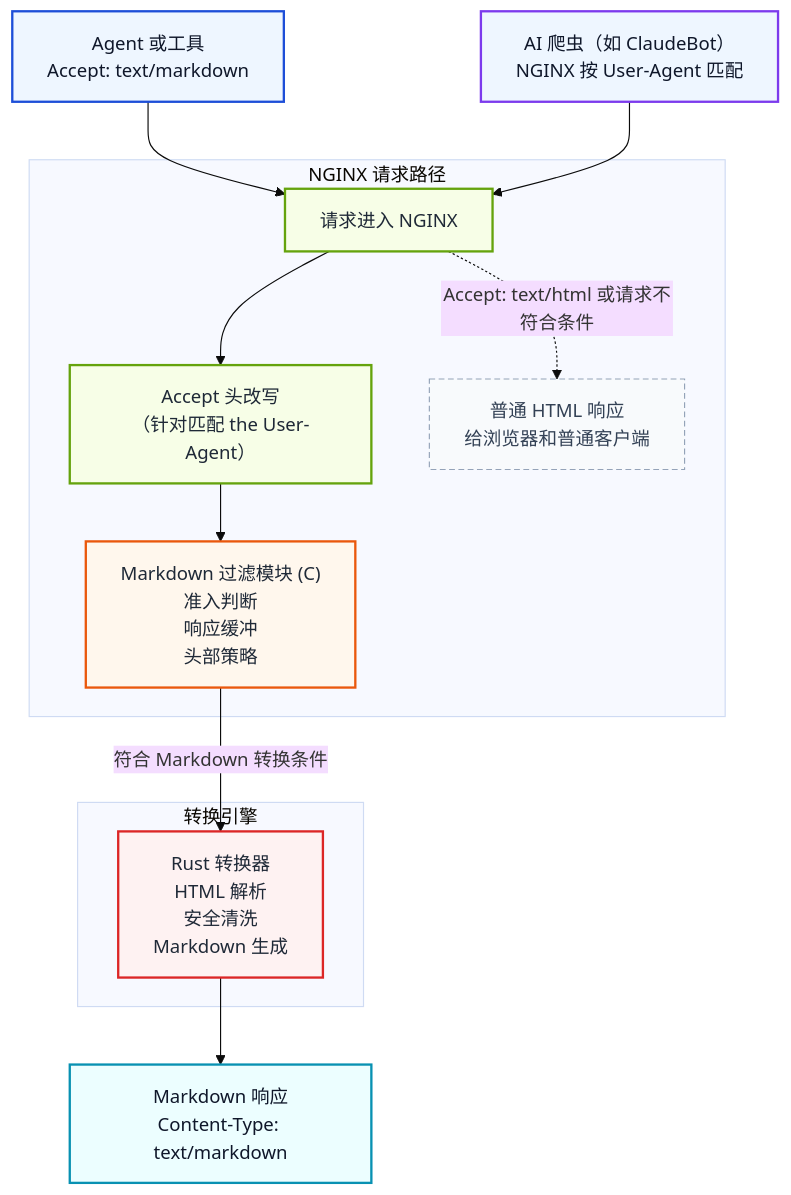
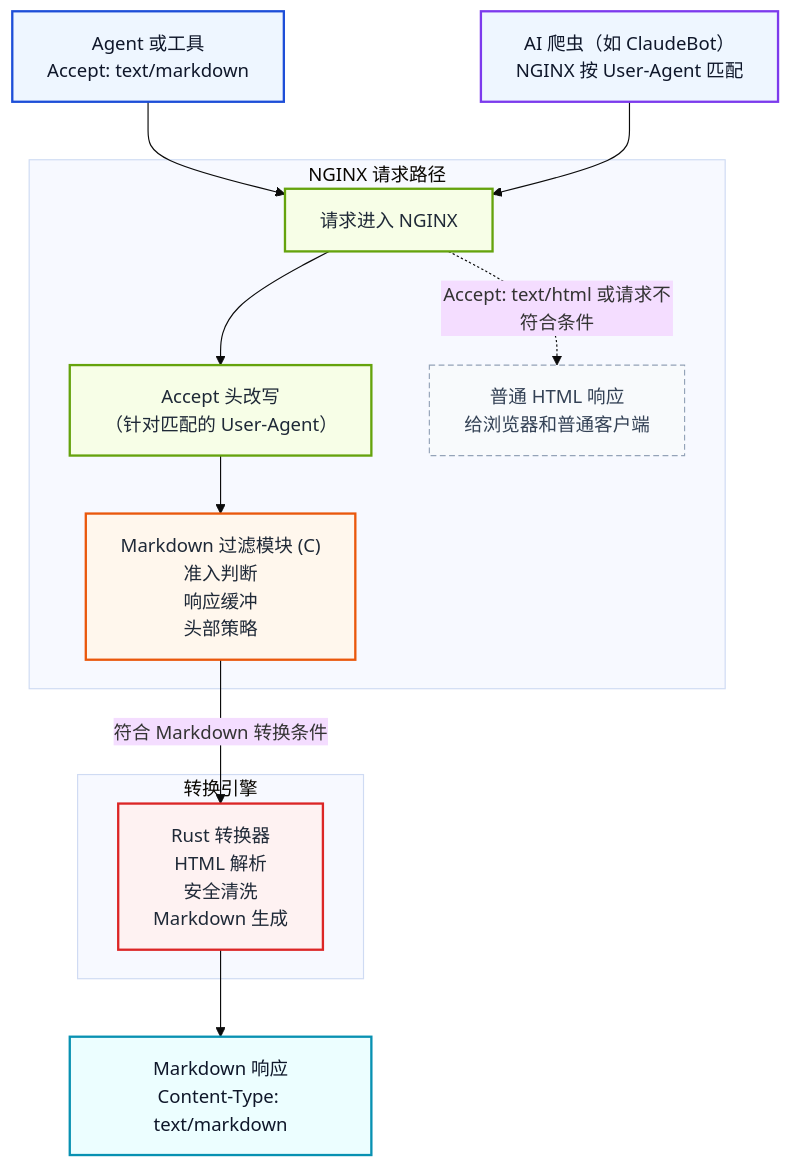
Before and after one commit to cnkang/nginx-markdown-for-agents: the diagram in README_zh-CN.md, drawn with Mermaid (base theme). The commit also changed other lines of this file and 1 other file, not shown here.

````diff
--- a/README_zh-CN.md
+++ b/README_zh-CN.md
@@ -257,43 +259,43 @@
 ```mermaid
 flowchart TD
     client["Agent 或工具<br/>Accept: text/markdown"]
     bot["AI 爬虫（如 ClaudeBot）<br/>NGINX 按 User-Agent 匹配"]
 
     subgraph edge["NGINX 请求路径"]
         ingress["请求进入 NGINX"]
-        rewrite["Accept 头改写<br/>（针对匹配 the User-Agent）"]
+        rewrite["Accept 头改写<br/>（针对匹配的 User-Agent）"]
         filter["Markdown 过滤模块 (C)<br/>准入判断<br/>响应缓冲<br/>头部策略"]
         passthrough["普通 HTML 响应<br/>给浏览器和普通客户端"]
     end
 
     subgraph engine["转换引擎"]
         rust["Rust 转换器<br/>HTML 解析<br/>安全清洗<br/>Markdown 生成"]
     end
 
     markdown["Markdown 响应<br/>Content-Type: text/markdown"]
 
     client --> ingress
     bot --> ingress
     ingress --> rewrite
     rewrite --> filter
     filter -->|符合 Markdown 转换条件| rust
     rust --> markdown
     ingress -.->|Accept: text/html 或请求不符合条件| passthrough
 
     classDef client fill:#eef6ff,stroke:#1d4ed8,color:#0f172a,stroke-width:2px;
     classDef bot fill:#eef6ff,stroke:#7c3aed,color:#0f172a,stroke-width:2px;
     classDef nginx fill:#f7fee7,stroke:#65a30d,color:#1f2937,stroke-width:2px;
     classDef module fill:#fff7ed,stroke:#ea580c,color:#1f2937,stroke-width:2px;
     classDef engine fill:#fef2f2,stroke:#dc2626,color:#1f2937,stroke-width:2px;
     classDef output fill:#ecfeff,stroke:#0891b2,color:#0f172a,stroke-width:2px;
     classDef passthrough fill:#f8fafc,stroke:#94a3b8,color:#334155,stroke-dasharray: 5 3;
 
     class client client;
     class bot bot;
     class ingress nginx;
     class rewrite nginx;
     class filter module;
     class rust engine;
     class markdown output;
     class passthrough passthrough;
 ```
````
